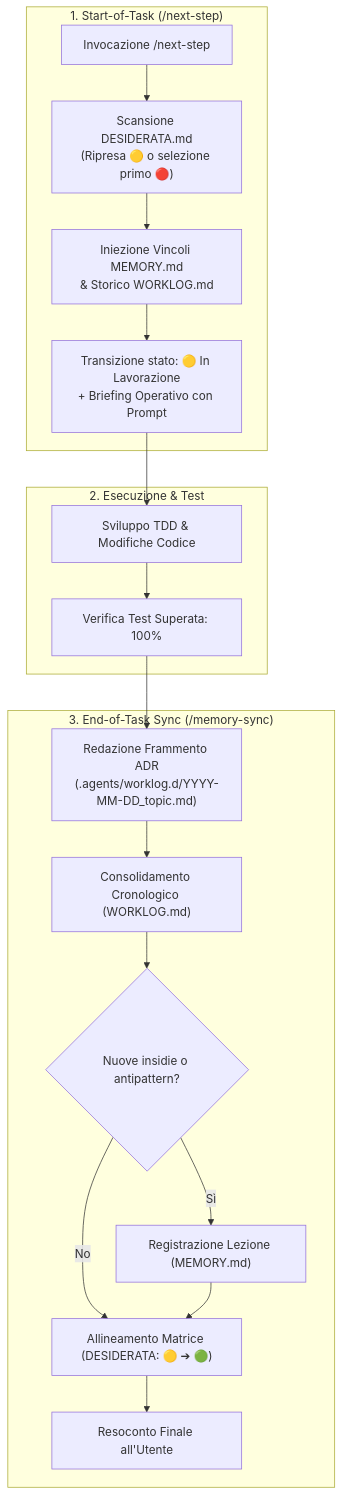
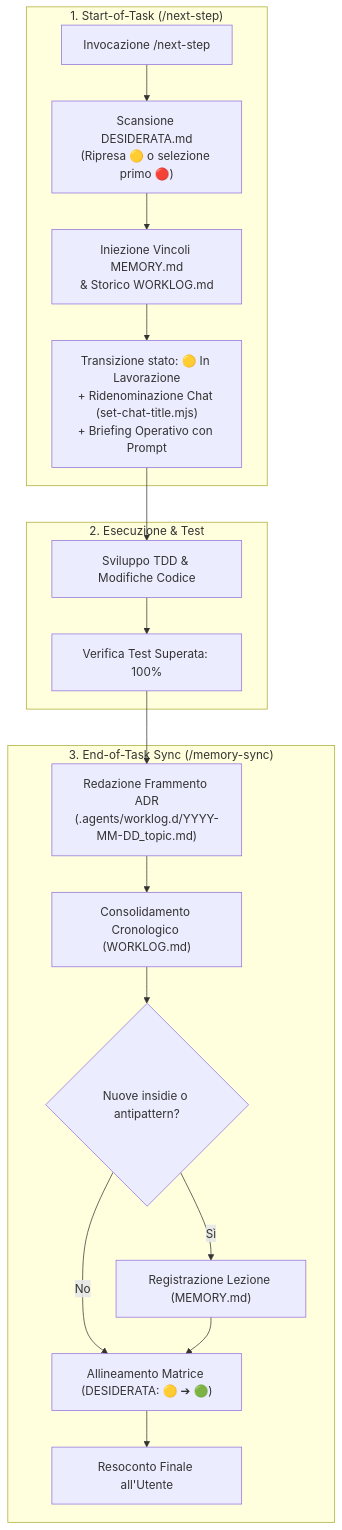
The diagram in plugins/cognitive-persistence/README.md (alessandroame/antigravity-plugins), drawn with Mermaid before and after one commit. The commit also changed other lines of this file and 17 other files, not shown here.

````diff
--- a/plugins/cognitive-persistence/README.md
+++ b/plugins/cognitive-persistence/README.md
@@ -64,23 +65,24 @@
 ```mermaid
 flowchart TD
     subgraph Avvio ["1. Start-of-Task (/next-step)"]
         A["Invocazione /next-step"] --> B["Scansione DESIDERATA.md<br/>(Ripresa 🟡 o selezione primo 🔴)"]
         B --> C["Iniezione Vincoli MEMORY.md<br/>& Storico WORKLOG.md"]
-        C --> D["Transizione stato: 🟡 In Lavorazione<br/>+ Briefing Operativo con Prompt"]
+        C --> D["Transizione stato: 🟡 In Lavorazione<br/>+ Ridenominazione Chat (set-chat-title.mjs)<br/>+ Briefing Operativo con Prompt"]
     end
+
 
     subgraph Sviluppo ["2. Esecuzione & Test"]
         D --> E["Sviluppo TDD & Modifiche Codice"]
         E --> F["Verifica Test Superata: 100%"]
     end
 
     subgraph Chiusura ["3. End-of-Task Sync (/memory-sync)"]
         F --> G["Redazione Frammento ADR<br/>(.agents/worklog.d/YYYY-MM-DD_topic.md)"]
         G --> H["Consolidamento Cronologico (WORKLOG.md)"]
         H --> I{"Nuove insidie o antipattern?"}
         I -- Sì --> L["Registrazione Lezione (MEMORY.md)"]
         I -- No --> M["Allineamento Matrice (DESIDERATA: 🟡 ➔ 🟢)"]
         L --> M
         M --> N["Resoconto Finale all'Utente"]
     end
 ```
````
